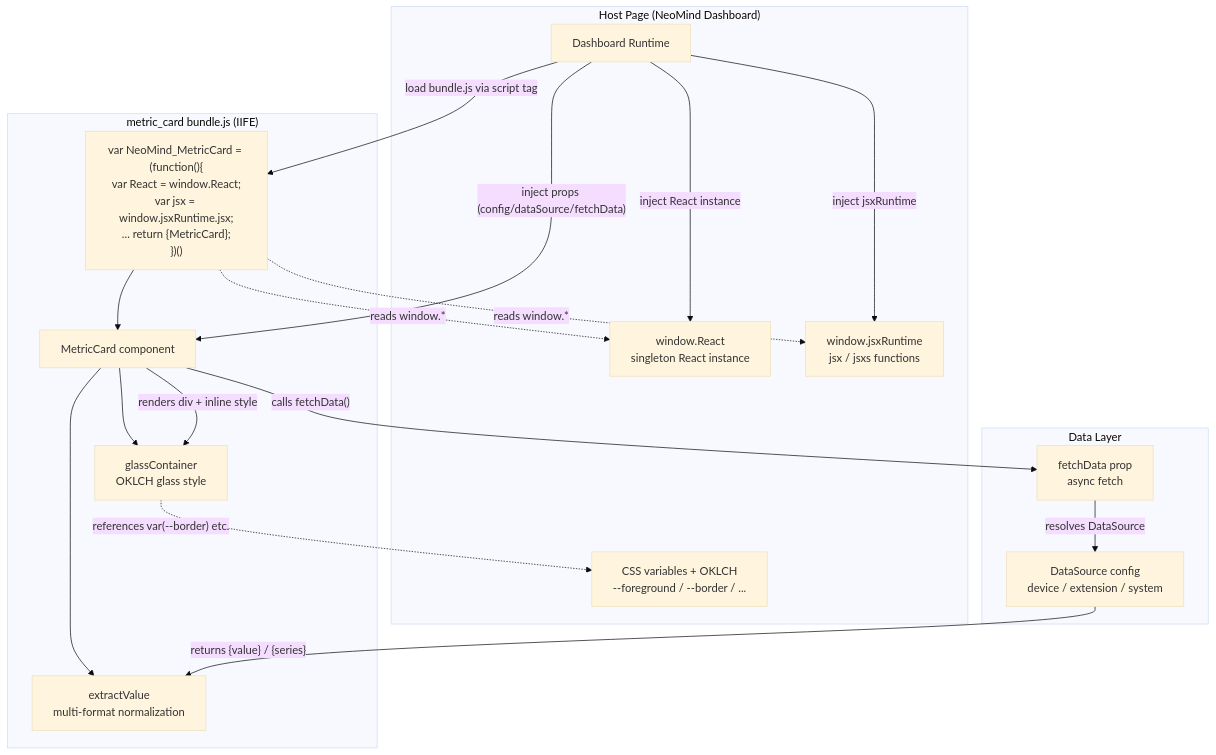
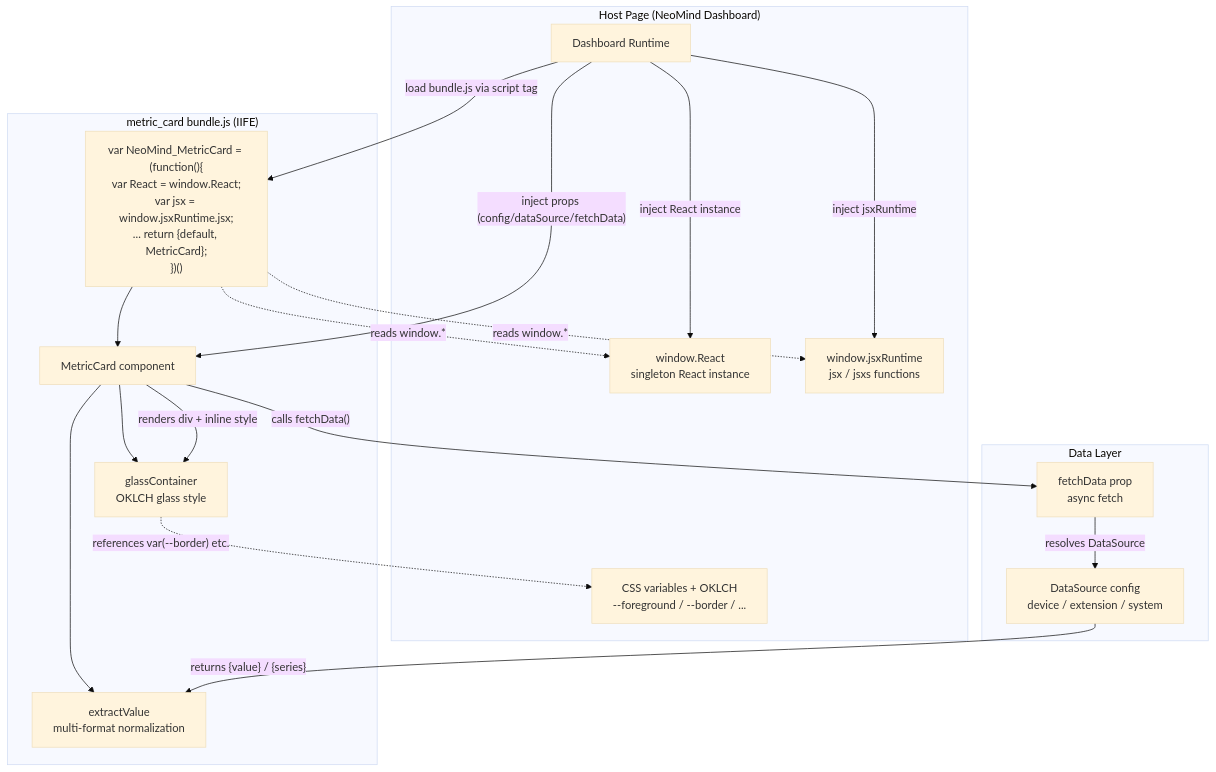
The first of 2 diagrams in i18n/en/docusaurus-plugin-content-docs/current/0-neomind/developer-guide/case-studies/6-metric-card-component.md (luommy/wiki-documents), drawn with Mermaid (base theme) before and after one commit. The commit also changed 11 other files, not shown here.

````diff
--- a/i18n/en/docusaurus-plugin-content-docs/current/0-neomind/developer-guide/case-studies/6-metric-card-component.md
+++ b/i18n/en/docusaurus-plugin-content-docs/current/0-neomind/developer-guide/case-studies/6-metric-card-component.md
@@ -28,36 +28,36 @@
 ```mermaid
 graph TB
     subgraph "Host Page (NeoMind Dashboard)"
         RT[Dashboard Runtime]
         REACT[window.React<br/>singleton React instance]
         JSX[window.jsxRuntime<br/>jsx / jsxs functions]
         CSSVAR[CSS variables + OKLCH<br/>--foreground / --border / ...]
     end
 
     subgraph "metric_card bundle.js (IIFE)"
-        IIFE["var NeoMind_MetricCard = (function(){<br/>var React = window.React;<br/>var jsx = window.jsxRuntime.jsx;<br/>... return {MetricCard};<br/>})()"]
+        IIFE["var NeoMind_MetricCard = (function(){<br/>var React = window.React;<br/>var jsx = window.jsxRuntime.jsx;<br/>... return {default, MetricCard};<br/>})()"]
         MC[MetricCard component]
         EXTRACT[extractValue<br/>multi-format normalization]
         GLASS[glassContainer<br/>OKLCH glass style]
         IIFE --> MC
         MC --> EXTRACT
         MC --> GLASS
     end
 
     subgraph "Data Layer"
         DS[DataSource config<br/>device / extension / system]
         FD[fetchData prop<br/>async fetch]
     end
 
     RT -->|"inject React instance"| REACT
     RT -->|"inject jsxRuntime"| JSX
     RT -->|"load bundle.js via script tag"| IIFE
     RT -->|"inject props (config/dataSource/fetchData)"| MC
     IIFE -.->|"reads window.*"| REACT
     IIFE -.->|"reads window.*"| JSX
     MC -->|"calls fetchData()"| FD
     FD -->|"resolves DataSource"| DS
     DS -->|"returns {value} / {series}"| EXTRACT
     MC -->|"renders div + inline style"| GLASS
     GLASS -.->|"references var(--border) etc."| CSSVAR
 ```
````
